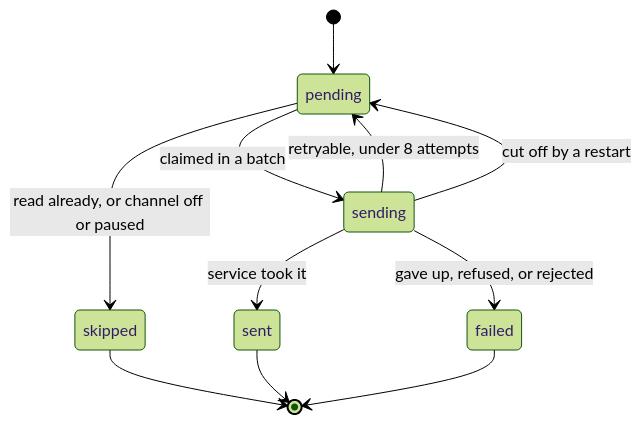
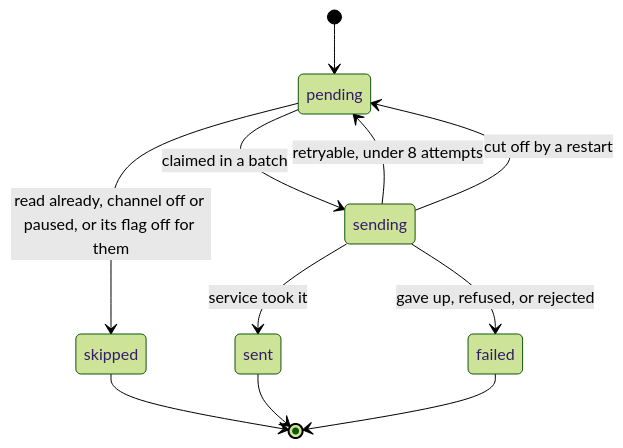
One commit to cutenode/localnetwork changed the fourth of 6 diagrams in apps/web/docs/diagrams/shows-and-inbox.md. Above: the diagram before and after it, drawn with Mermaid (forest theme). The commit also changed 21 other files, not shown here.

````diff
--- a/apps/web/docs/diagrams/shows-and-inbox.md
+++ b/apps/web/docs/diagrams/shows-and-inbox.md
@@ -93,13 +93,13 @@
 ```mermaid
 stateDiagram-v2
   [*] --> pending
-  pending --> skipped: read already, or channel off or paused
+  pending --> skipped: read already, channel off or paused, or its flag off for them
   pending --> sending: claimed in a batch
   sending --> sent: service took it
   sending --> pending: retryable, under 8 attempts
   sending --> failed: gave up, refused, or rejected
   sending --> pending: cut off by a restart
   sent --> [*]
   skipped --> [*]
   failed --> [*]
 ```
````
